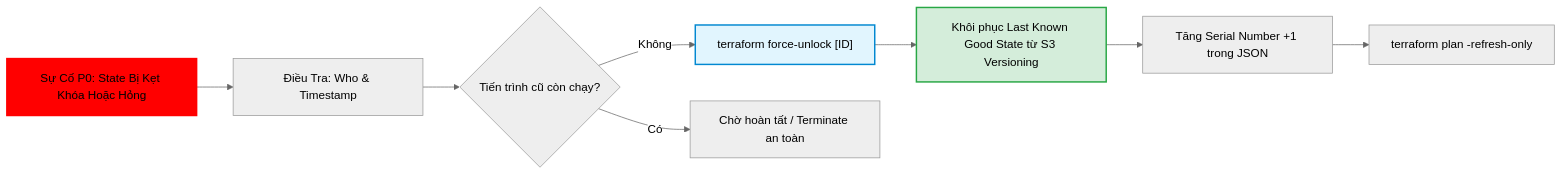
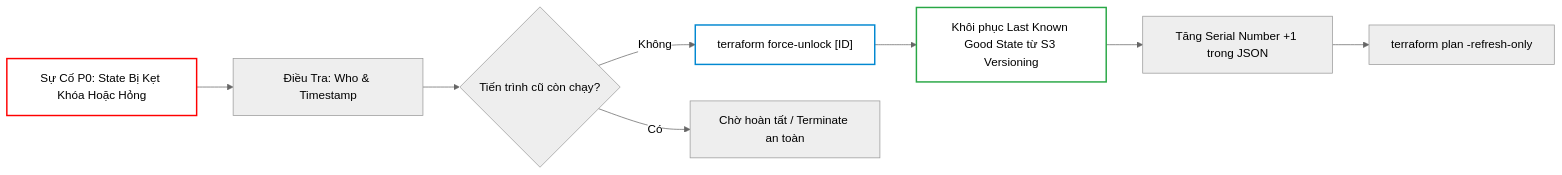
One commit to kiennt308/ntk changed the third of 4 diagrams in _posts/2026-09-13-terraform-31-31-tong-hop-cau-hoi-phong-van-terraform-devops-chuyen-sau-30-buoi.md. Above: the diagram before and after it, drawn with Mermaid (neutral theme). The commit also changed other lines of this file and 207 other files, not shown here.

Commit message:
feat(posts): batch standardize all 208 posts with TL;DR, qa-card accordion, fill:none mermaid, and liquid raw wrappers

````diff
--- a/_posts/2026-09-13-terraform-31-31-tong-hop-cau-hoi-phong-van-terraform-devops-chuyen-sau-30-buoi.md
+++ b/_posts/2026-09-13-terraform-31-31-tong-hop-cau-hoi-phong-van-terraform-devops-chuyen-sau-30-buoi.md
@@ -204,16 +592,16 @@
 ```mermaid
 flowchart LR
     INCIDENT["Sự Cố P0: State Bị Kẹt Khóa Hoặc Hỏng"] --> CHECK["Điều Tra: Who & Timestamp"]
     CHECK --> PROC{Tiến trình cũ còn chạy?}
     PROC -->|Không| UNLOCK["terraform force-unlock [ID]"]
     PROC -->|Có| WAIT["Chờ hoàn tất / Terminate an toàn"]
     UNLOCK --> RESTORE["Khôi phục Last Known Good State từ S3 Versioning"]
     RESTORE --> SERIAL["Tăng Serial Number +1 trong JSON"]
     SERIAL --> DRIFT["terraform plan -refresh-only"]
 
-    style INCIDENT fill:#ff0000,stroke:#ff0000,stroke-width:2px
-    style UNLOCK fill:#e1f5fe,stroke:#0288d1,stroke-width:2px
-    style RESTORE fill:#d4edda,stroke:#28a745,stroke-width:2px
+    style INCIDENT fill:none,stroke:#ff0000,stroke-width:2px
+    style UNLOCK fill:none,stroke:#0288d1,stroke-width:2px
+    style RESTORE fill:none,stroke:#28a745,stroke-width:2px
 
 
 ```
````
